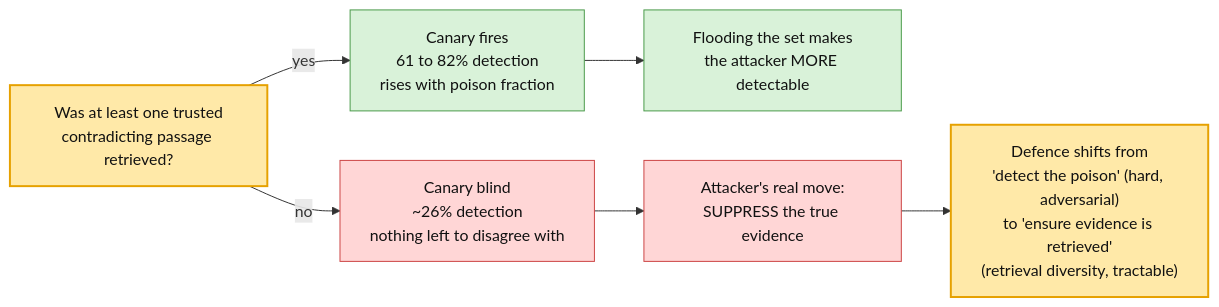
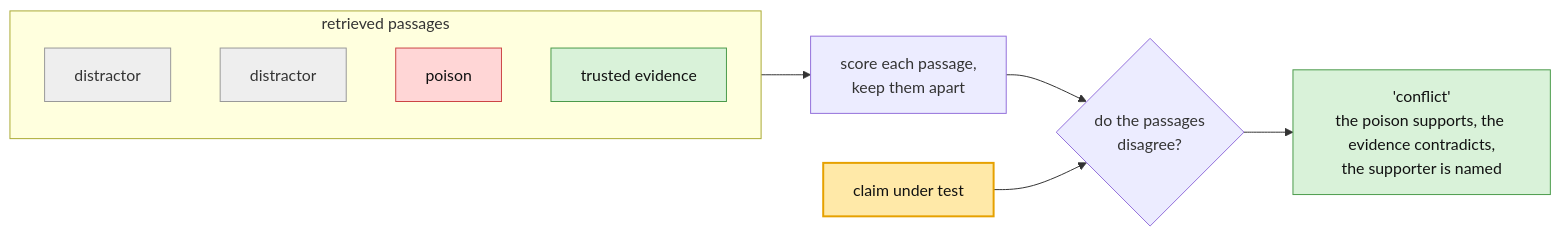
Before and after one commit to swgoodman/groundcontrol: the second of 3 diagrams in README.md, drawn with Mermaid. The commit also changed other lines of this file and 3 other files, not shown here.

````diff
--- a/README.md
+++ b/README.md
@@ -172,16 +59,18 @@
 ```mermaid
 flowchart LR
-    Q["Was at least one trusted<br/>contradicting passage retrieved?"]:::hero
+    subgraph PASS["retrieved passages"]
+        direction TB
+        P1["distractor"]:::ok
+        P2["distractor"]:::ok
+        P3["poison"]:::bad
+        P4["trusted evidence"]:::good
+    end
+    PASS --> S["score each passage,<br/>keep them apart"] --> CHK{"do the passages<br/>disagree?"}
+    CLAIM["claim under test"]:::hero --> CHK
+    CHK --> OUT["'conflict'<br/>the poison supports, the evidence contradicts,<br/>the supporter is named"]:::good
 
-    Q -->|yes| WORKS["Canary fires<br/>61 to 82% detection<br/>rises with poison fraction"]:::guard
-    Q -->|no| BLIND["Canary blind<br/>~26% detection<br/>nothing left to disagree with"]:::fail
-
-    WORKS --> ATT1["Flooding the set makes<br/>the attacker MORE detectable"]:::guard
-    BLIND --> ATT2["Attacker's real move:<br/>SUPPRESS the true evidence"]:::fail
-
-    ATT2 --> DEF["Defence shifts from<br/>'detect the poison' (hard, adversarial)<br/>to 'ensure evidence is retrieved'<br/>(retrieval diversity, tractable)"]:::hero
-
+    classDef bad fill:#ffd6d6,stroke:#c44,color:#111;
+    classDef good fill:#d9f2d9,stroke:#4a9a4a,color:#111;
+    classDef ok fill:#eee,stroke:#999,color:#333;
     classDef hero fill:#ffe9a8,stroke:#e6a100,stroke-width:2px,color:#111;
-    classDef guard fill:#d9f2d9,stroke:#4a9a4a,color:#111;
-    classDef fail fill:#ffd6d6,stroke:#c44,color:#111;
 ```
````
